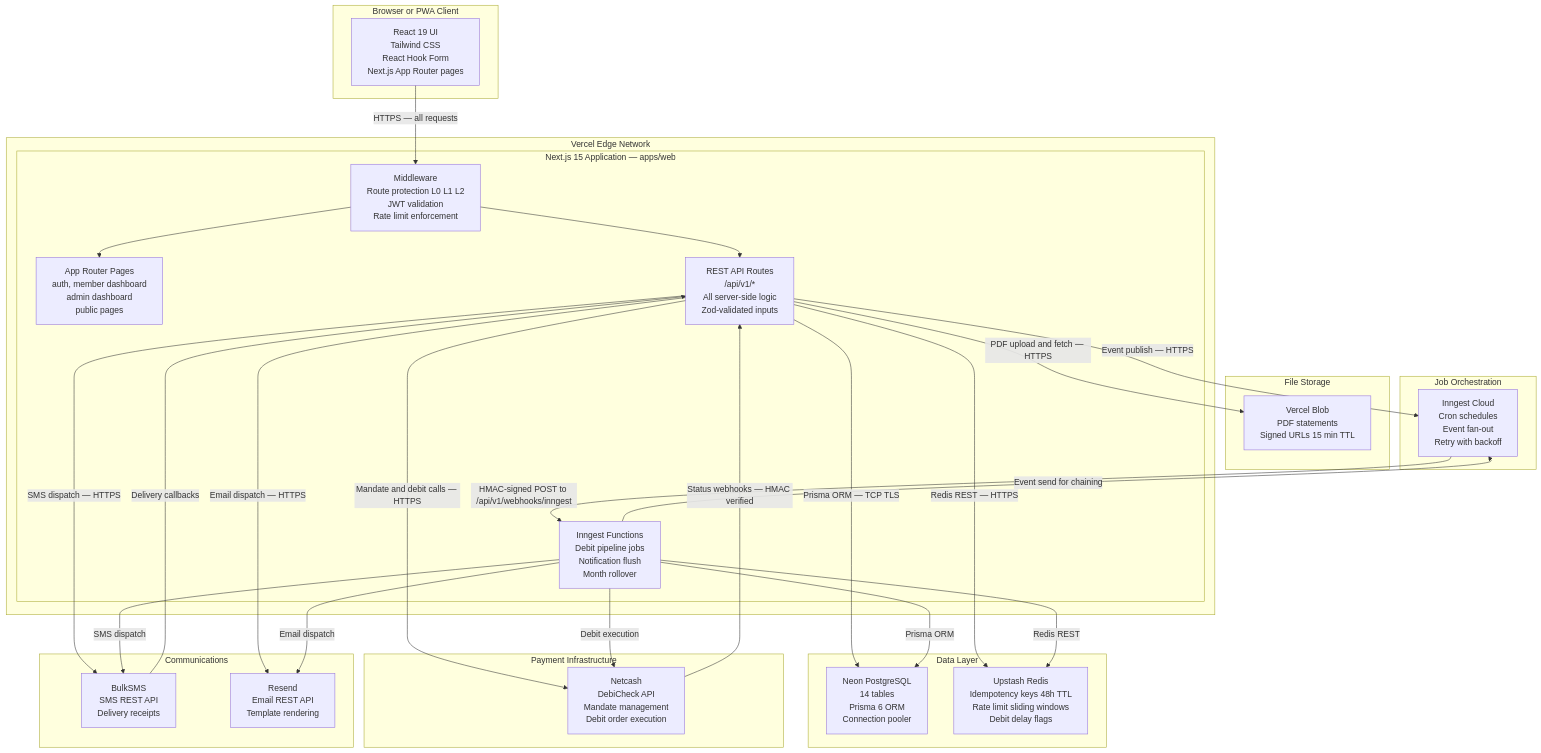
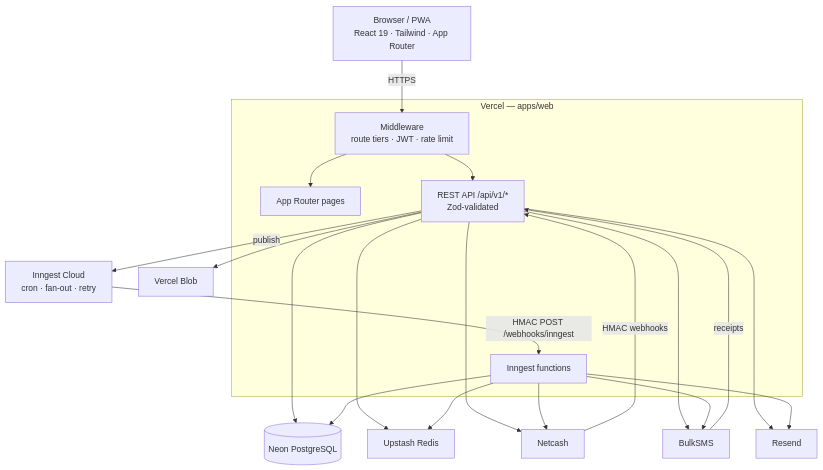
The first of 3 diagrams in docs/architecture/02-container-architecture.md (KSDRILL-SA/Xkimi-Xa-Mali), drawn with Mermaid before and after one commit. The commit also changed other lines of this file and 3 other files, not shown here.

First line of the commit message:
docs: tighten C4 architecture and refresh for phase-3 (#188)

````diff
--- a/docs/architecture/02-container-architecture.md
+++ b/docs/architecture/02-container-architecture.md
@@ -31,59 +18,28 @@
 ```mermaid
 flowchart TB
-    subgraph BROWSER["Browser or PWA Client"]
-        UI["React 19 UI\nTailwind CSS\nReact Hook Form\nNext.js App Router pages"]
+    UI["Browser / PWA<br/>React 19 · Tailwind · App Router"]
+
+    subgraph VERCEL["Vercel — apps/web"]
+        MW["Middleware<br/>route tiers · JWT · rate limit"]
+        PAGES["App Router pages"]
+        API["REST API /api/v1/*<br/>Zod-validated"]
+        FN["Inngest functions"]
     end
 
-    subgraph VERCEL["Vercel Edge Network"]
-        subgraph NEXTJS["Next.js 15 Application — apps/web"]
-            MW["Middleware\nRoute protection L0 L1 L2\nJWT validation\nRate limit enforcement"]
-            PAGES["App Router Pages\nauth, member dashboard\nadmin dashboard\npublic pages"]
-            API["REST API Routes\n/api/v1/*\nAll server-side logic\nZod-validated inputs"]
-            INNGEST_FN["Inngest Functions\nDebit pipeline jobs\nNotification flush\nMonth rollover"]
-        end
-    end
+    NEON[("Neon PostgreSQL")]
+    REDIS["Upstash Redis"]
+    BLOB["Vercel Blob"]
+    INNGEST["Inngest Cloud<br/>cron · fan-out · retry"]
+    NETCASH["Netcash"]
+    BULKSMS["BulkSMS"]
+    RESEND["Resend"]
 
-    subgraph DATA["Data Layer"]
-        NEON["Neon PostgreSQL\n14 tables\nPrisma 6 ORM\nConnection pooler"]
-        REDIS["Upstash Redis\nIdempotency keys 48h TTL\nRate limit sliding windows\nDebit delay flags"]
-    end
-
-    subgraph FILES["File Storage"]
-        BLOB["Vercel Blob\nPDF statements\nSigned URLs 15 min TTL"]
-    end
-
-    subgraph JOBS["Job Orchestration"]
-        INNGEST_CLOUD["Inngest Cloud\nCron schedules\nEvent fan-out\nRetry with backoff"]
-    end
-
-    subgraph PAYMENTS["Payment Infrastructure"]
-        NETCASH["Netcash\nDebiCheck API\nMandate management\nDebit order execution"]
-    end
-
-    subgraph COMMS["Communications"]
-        BULKSMS["BulkSMS\nSMS REST API\nDelivery receipts"]
-        RESEND["Resend\nEmail REST API\nTemplate rendering"]
-    end
-
-    UI -->|"HTTPS — all requests"| MW
-    MW --> PAGES
-    MW --> API
-    INNGEST_CLOUD -->|"HMAC-signed POST to /api/v1/webhooks/inngest"| INNGEST_FN
-
-    API -->|"Prisma ORM — TCP TLS"| NEON
-    API -->|"Redis REST — HTTPS"| REDIS
-    API -->|"Mandate and debit calls — HTTPS"| NETCASH
-    NETCASH -->|"Status webhooks — HMAC verified"| API
-    API -->|"SMS dispatch — HTTPS"| BULKSMS
-    BULKSMS -->|"Delivery callbacks"| API
-    API -->|"Email dispatch — HTTPS"| RESEND
-    API -->|"PDF upload and fetch — HTTPS"| BLOB
-    API -->|"Event publish — HTTPS"| INNGEST_CLOUD
-
-    INNGEST_FN -->|"Prisma ORM"| NEON
-    INNGEST_FN -->|"Redis REST"| REDIS
-    INNGEST_FN -->|"Debit execution"| NETCASH
-    INNGEST_FN -->|"SMS dispatch"| BULKSMS
-    INNGEST_FN -->|"Email dispatch"| RESEND
-    INNGEST_FN -->|"Event send for chaining"| INNGEST_CLOUD
+    UI -->|HTTPS| MW --> PAGES & API
+    INNGEST -->|HMAC POST /webhooks/inngest| FN
+    API --> NEON & REDIS & BLOB
+    API --> NETCASH & BULKSMS & RESEND
+    NETCASH -->|HMAC webhooks| API
+    BULKSMS -->|receipts| API
+    API -->|publish| INNGEST
+    FN --> NEON & REDIS & NETCASH & BULKSMS & RESEND
 ```
````
